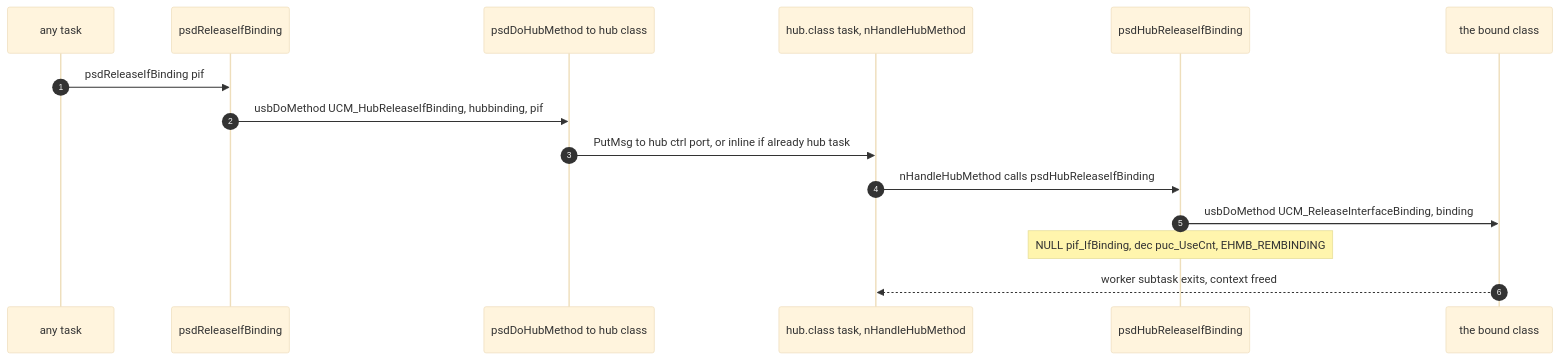
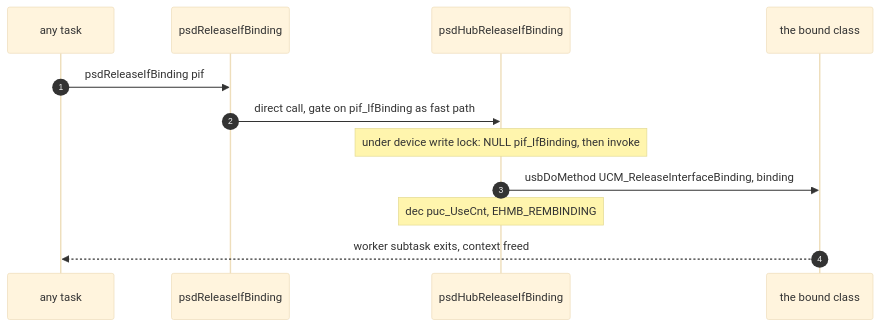
One commit to rondoval/poseidon-backport changed the eighth of 17 diagrams in docs/poseidon.library-architecture.md. Above: the diagram before and after it, drawn with Mermaid (base theme). The commit also changed other lines of this file and 2 other files, not shown here.

````diff
--- a/docs/poseidon.library-architecture.md
+++ b/docs/poseidon.library-architecture.md
@@ -682,18 +684,15 @@
 ```mermaid
 sequenceDiagram
     autonumber
     participant APP as any task
     participant PS as psdReleaseIfBinding
-    participant HUBPS as psdDoHubMethod to hub class
-    participant HT as hub.class task, nHandleHubMethod
     participant PHUB as psdHubReleaseIfBinding
     participant K as the bound class
 
     APP->>PS: psdReleaseIfBinding pif
-    PS->>HUBPS: usbDoMethod UCM_HubReleaseIfBinding, hubbinding, pif
-    HUBPS->>HT: PutMsg to hub ctrl port, or inline if already hub task
-    HT->>PHUB: nHandleHubMethod calls psdHubReleaseIfBinding
+    PS->>PHUB: direct call, gate on pif_IfBinding as fast path
+    note over PHUB: under device write lock: NULL pif_IfBinding, then invoke
     PHUB->>K: usbDoMethod UCM_ReleaseInterfaceBinding, binding
-    note over PHUB: NULL pif_IfBinding, dec puc_UseCnt, EHMB_REMBINDING
-    K-->>HT: worker subtask exits, context freed
+    note over PHUB: dec puc_UseCnt, EHMB_REMBINDING
+    K-->>APP: worker subtask exits, context freed
 ```
````
